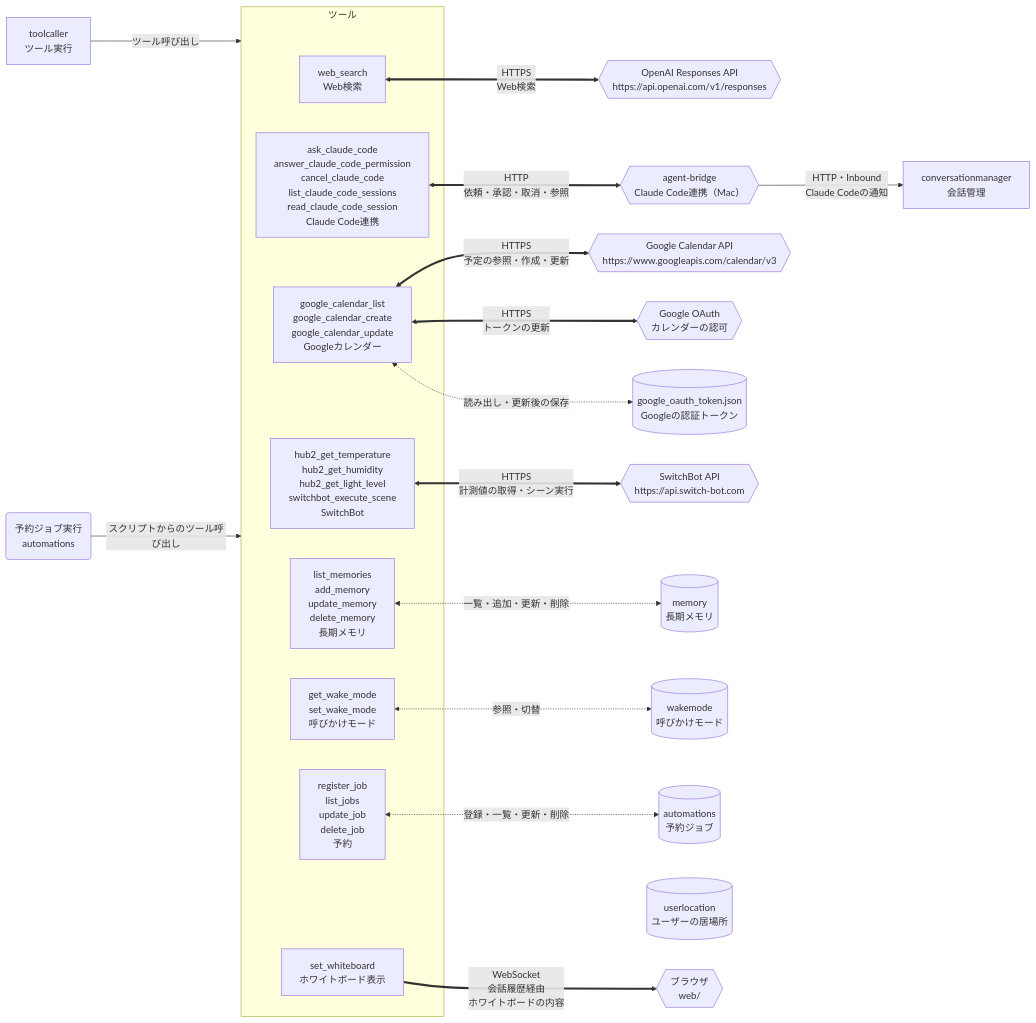
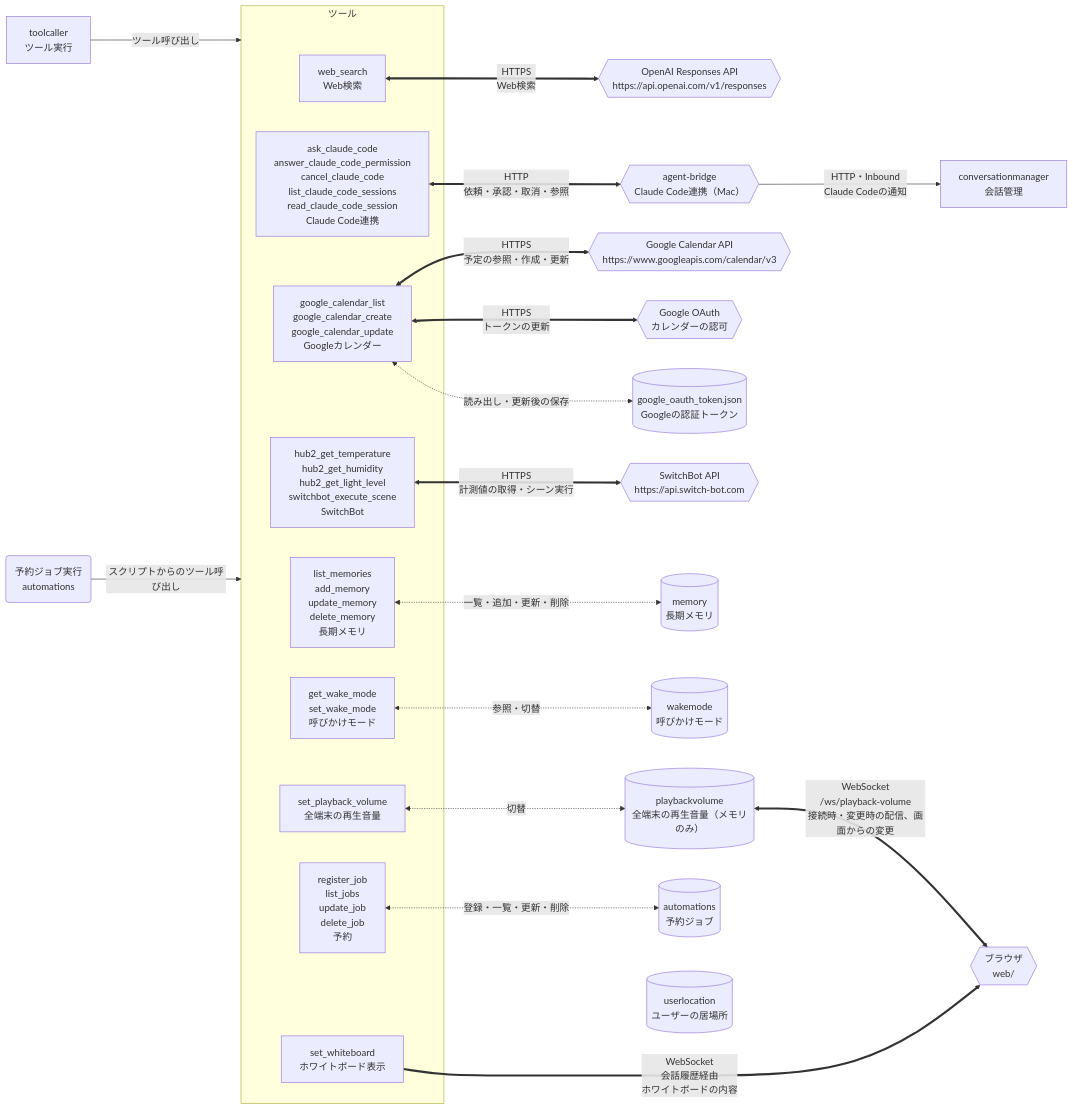
Before and after one commit to tetetratra/smart-speaker: the third of 3 diagrams in README.md, drawn with Mermaid. The commit also changed other lines of this file and 17 other files, not shown here.

````diff
--- a/README.md
+++ b/README.md
@@ -156,47 +155,51 @@
 ```mermaid
 flowchart LR
     tool["toolcaller<br/>ツール実行"]
     scheduler("予約ジョブ実行<br/>automations")
     manager["conversationmanager<br/>会話管理"]
 
     subgraph toolset["ツール"]
         webSearchTool["web_search<br/>Web検索"]
         claudeCodeTool["ask_claude_code<br/>answer_claude_code_permission<br/>cancel_claude_code<br/>list_claude_code_sessions<br/>read_claude_code_session<br/>Claude Code連携"]
         calendarTool["google_calendar_list<br/>google_calendar_create<br/>google_calendar_update<br/>Googleカレンダー"]
         switchBotTool["hub2_get_temperature<br/>hub2_get_humidity<br/>hub2_get_light_level<br/>switchbot_execute_scene<br/>SwitchBot"]
         memoryTool["list_memories<br/>add_memory<br/>update_memory<br/>delete_memory<br/>長期メモリ"]
         wakeModeTool["get_wake_mode<br/>set_wake_mode<br/>呼びかけモード"]
+        volumeTool["set_playback_volume<br/>全端末の再生音量"]
         automationTool["register_job<br/>list_jobs<br/>update_job<br/>delete_job<br/>予約"]
         whiteboardTool["set_whiteboard<br/>ホワイトボード表示"]
     end
 
 
     openaiResponses{{"OpenAI Responses API<br/>https://api.openai.com/v1/responses"}}
     agentBridge{{"agent-bridge<br/>Claude Code連携（Mac）"}}
     googleCalendar{{"Google Calendar API<br/>https://www.googleapis.com/calendar/v3"}}
     googleOAuth{{"Google OAuth<br/>カレンダーの認可"}}
     googleTokenStore[("google_oauth_token.json<br/>Googleの認証トークン")]
     switchBot{{"SwitchBot API<br/>https://api.switch-bot.com"}}
     memoryStore[("memory<br/>長期メモリ")]
     wakeModeStore[("wakemode<br/>呼びかけモード")]
+    volumeStore[("playbackvolume<br/>全端末の再生音量（メモリのみ）")]
     automationStore[("automations<br/>予約ジョブ")]
     locationStore[("userlocation<br/>ユーザーの居場所")]
     browser{{"ブラウザ<br/>web/"}}
 
     tool -->|"ツール呼び出し"| toolset
     scheduler -->|"スクリプトからのツール呼び出し"| toolset
 
     webSearchTool <==>|"HTTPS<br/>Web検索"| openaiResponses
     claudeCodeTool <==>|"HTTP<br/>依頼・承認・取消・参照"| agentBridge
     agentBridge -->|"HTTP・Inbound<br/>Claude Codeの通知"| manager
     calendarTool <==>|"HTTPS<br/>予定の参照・作成・更新"| googleCalendar
     calendarTool <-.->|"読み出し・更新後の保存"| googleTokenStore
     calendarTool <==>|"HTTPS<br/>トークンの更新"| googleOAuth
     switchBotTool <==>|"HTTPS<br/>計測値の取得・シーン実行"| switchBot
     memoryTool <-.->|"一覧・追加・更新・削除"| memoryStore
     wakeModeTool <-.->|"参照・切替"| wakeModeStore
+    volumeTool <-.->|"切替"| volumeStore
+    volumeStore <==>|"WebSocket<br/>/ws/playback-volume<br/>接続時・変更時の配信、画面からの変更"| browser
     automationTool <-.->|"登録・一覧・更新・削除"| automationStore
     %% 居場所はツールにする予定で、まだどこからも使われていない。位置だけをそろえる見えない線。
     whiteboardTool ~~~ locationStore
     whiteboardTool ==>|"WebSocket<br/>会話履歴経由<br/>ホワイトボードの内容"| browser
 ```
````
